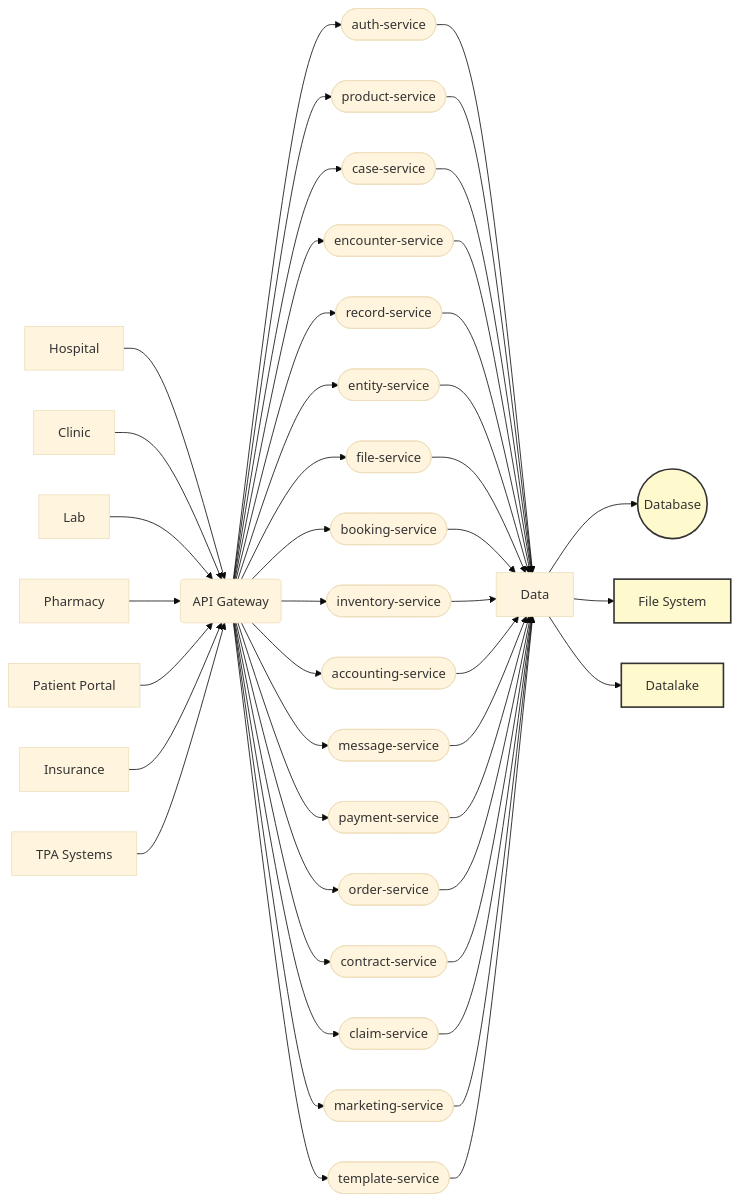
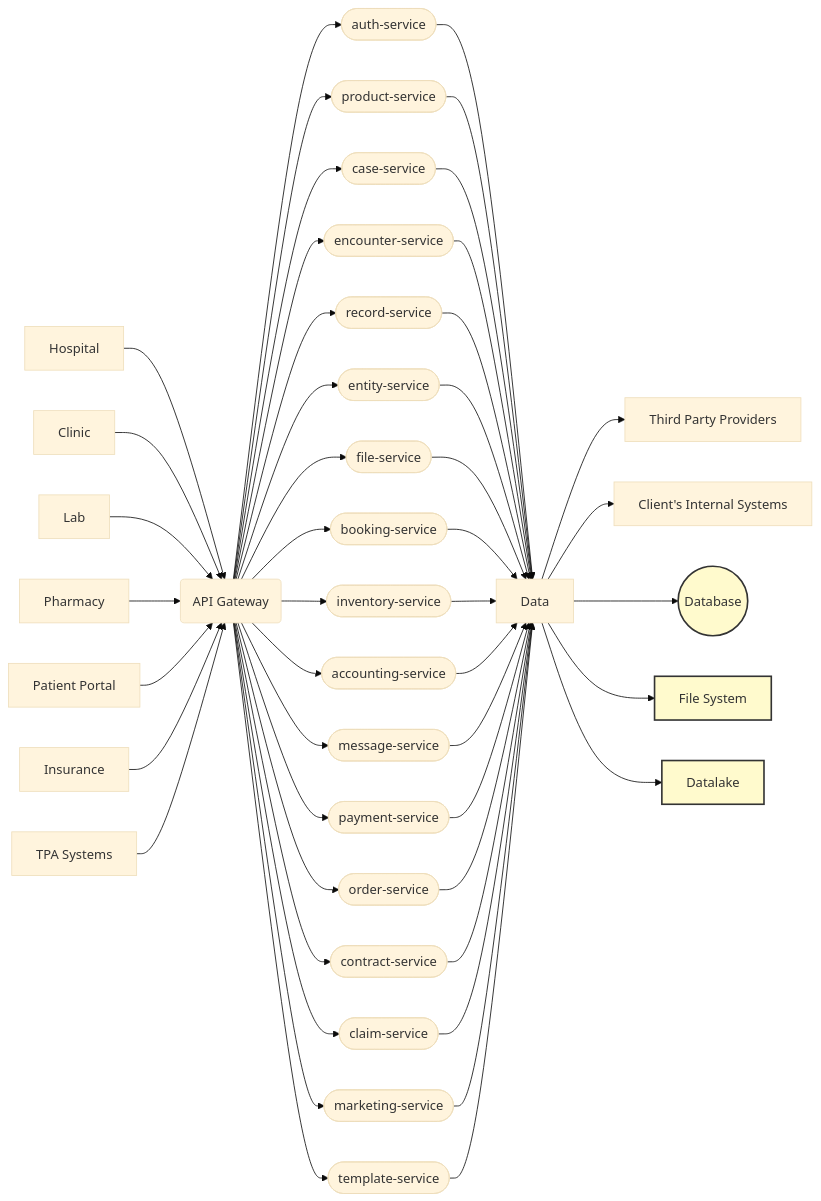
Before and after one commit to mazecare/.github: the first of 2 diagrams in INTEGRATION.md, drawn with Mermaid (base theme).

````diff
--- a/INTEGRATION.md
+++ b/INTEGRATION.md
@@ -39,48 +39,55 @@
 ```mermaid
 graph LR
     A1[Hospital] & A2[Clinic] & A3[Lab] & A4[Pharmacy] & A5[Patient Portal] & A6[Insurance] & A7[TPA Systems] --> B(API Gateway);
 
     B --> C1([auth-service]);
     B --> C2([product-service]);
     B --> C3([case-service]);
     B --> C4([encounter-service]);
     B --> C5([record-service]);
     B --> C6([entity-service]);
     B --> C7([file-service]);
     B --> C8([booking-service]);
     B --> C9([inventory-service]);
     B --> C10([accounting-service]);
     B --> C11([message-service]);
     B --> C12([payment-service]);
     B --> C13([order-service]);
     B --> C14([contract-service]);
     B --> C15([claim-service]);
     B --> C16([marketing-service]);
     B --> C17([template-service]);
 
     C1 --> D[Data];
     C2 --> D[Data];
     C3 --> D[Data];
     C4 --> D[Data];
     C5 --> D[Data];
     C6 --> D[Data];
     C7 --> D[Data];
     C8 --> D[Data];
     C9 --> D[Data];
     C10 --> D[Data];
     C11 --> D[Data];
     C12 --> D[Data];
     C13 --> D[Data];
     C14 --> D[Data];
     C15 --> D[Data];
     C16 --> D[Data];
     C17 --> D[Data];
 
-    D --> D1((Database));
-    D --> D2[File System];
-    D --> D3[Datalake];
+    D --> TP[Third Party Providers];
+    D --> IS[Client's Internal Systems];
+
+    D1((Database));
+    D2[File System];
+    D3[Datalake];
+
+    D --> D1;
+    D --> D2;
+    D --> D3;
 
     style D1 fill:#fffacd,stroke:#333,stroke-width:2px;
     style D2 fill:#fffacd,stroke:#333,stroke-width:2px;
     style D3 fill:#fffacd,stroke:#333,stroke-width:2px;
 ```
````
